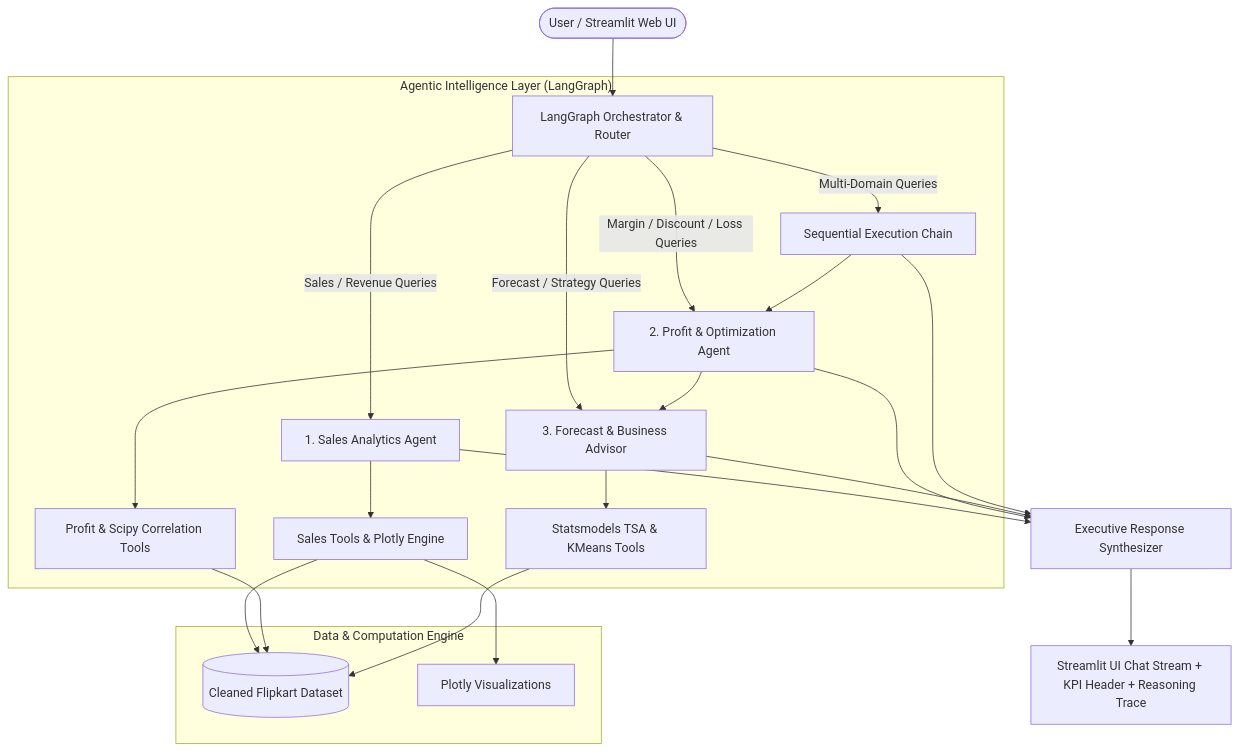
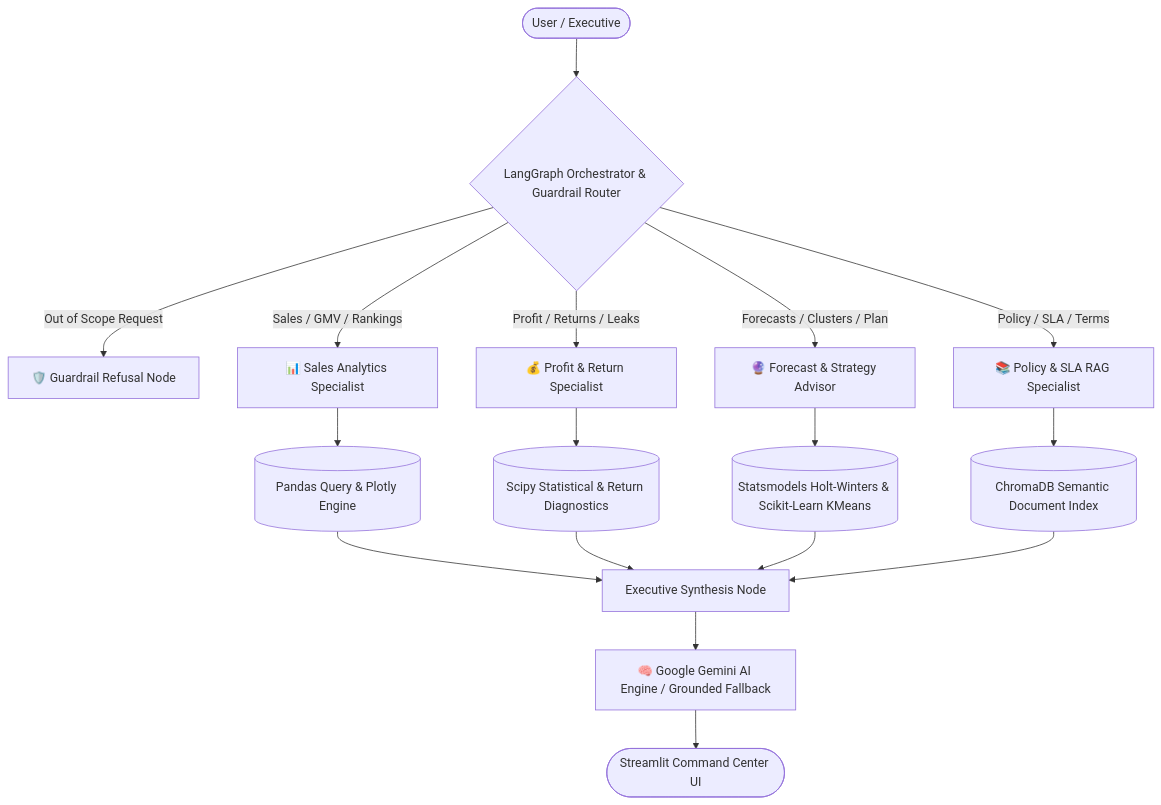
One commit to charkupalli-nikhil/flipkart_multi_agent changed the diagram in README.md. Above: the diagram before and after it, drawn with Mermaid. The commit also changed other lines of this file and 25 other files, not shown here.

Commit message:
feat: complete Flipkart multi-agent platform, enterprise UI/UX, and 10-slide presentation deck

````diff
--- a/README.md
+++ b/README.md
@@ -11,32 +23,23 @@
 ```mermaid
-graph TD
-    User([User / Streamlit Web UI]) --> Orchestrator[LangGraph Orchestrator & Router]
+flowchart TD
+    User([User / Executive]) --> Router{LangGraph Orchestrator & Guardrail Router}
     
-    subgraph MultiAgentCore["Agentic Intelligence Layer (LangGraph)"]
-        Orchestrator -->|Sales / Revenue Queries| SalesAgent[1. Sales Analytics Agent]
-        Orchestrator -->|Margin / Discount / Loss Queries| ProfitAgent[2. Profit & Optimization Agent]
-        Orchestrator -->|Forecast / Strategy Queries| AdvisorAgent[3. Forecast & Business Advisor]
-        Orchestrator -->|Multi-Domain Queries| CombinedChain[Sequential Execution Chain]
-        
-        CombinedChain --> ProfitAgent
-        ProfitAgent --> AdvisorAgent
-        
-        SalesAgent --> SalesTools[Sales Tools & Plotly Engine]
-        ProfitAgent --> ProfitTools[Profit & Scipy Correlation Tools]
-        AdvisorAgent --> AdvisorTools[Statsmodels TSA & KMeans Tools]
-    end
+    Router -->|Out of Scope Request| Refusal[🛡️ Guardrail Refusal Node]
+    Router -->|Sales / GMV / Rankings| Sales[📊 Sales Analytics Specialist]
+    Router -->|Profit / Returns / Leaks| Profit[💰 Profit & Return Specialist]
+    Router -->|Forecasts / Clusters / Plan| Advisor[🔮 Forecast & Strategy Advisor]
+    Router -->|Policy / SLA / Terms| RAG[📚 Policy & SLA RAG Specialist]
     
-    subgraph ExecutionLayer["Data & Computation Engine"]
-        SalesTools --> CleanedDF[(Cleaned Flipkart Dataset)]
-        ProfitTools --> CleanedDF
-        AdvisorTools --> CleanedDF
-        SalesTools --> ChartGen[Plotly Visualizations]
-    end
+    Sales --> Tools1[(Pandas Query & Plotly Engine)]
+    Profit --> Tools2[(Scipy Statistical & Return Diagnostics)]
+    Advisor --> Tools3[(Statsmodels Holt-Winters & Scikit-Learn KMeans)]
+    RAG --> Tools4[(ChromaDB Semantic Document Index)]
     
-    SalesAgent --> Synthesizer[Executive Response Synthesizer]
-    ProfitAgent --> Synthesizer
-    AdvisorAgent --> Synthesizer
-    CombinedChain --> Synthesizer
+    Tools1 --> Synthesizer[Executive Synthesis Node]
+    Tools2 --> Synthesizer
+    Tools3 --> Synthesizer
+    Tools4 --> Synthesizer
     
-    Synthesizer --> UIResponse[Streamlit UI Chat Stream + KPI Header + Reasoning Trace]
+    Synthesizer --> Gemini[🧠 Google Gemini AI Engine / Grounded Fallback]
+    Gemini --> UI([Streamlit Command Center UI])
 ```
````
